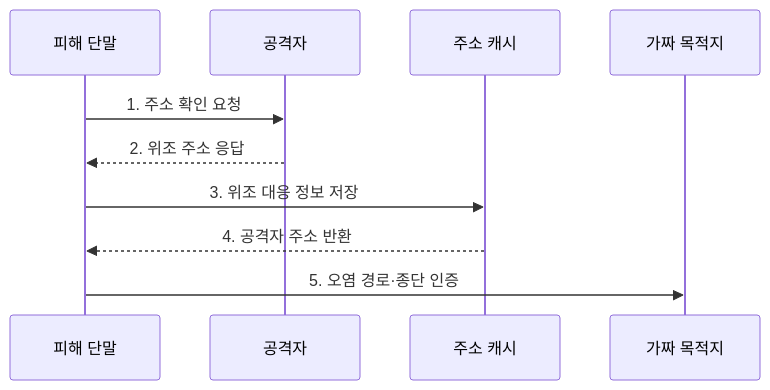
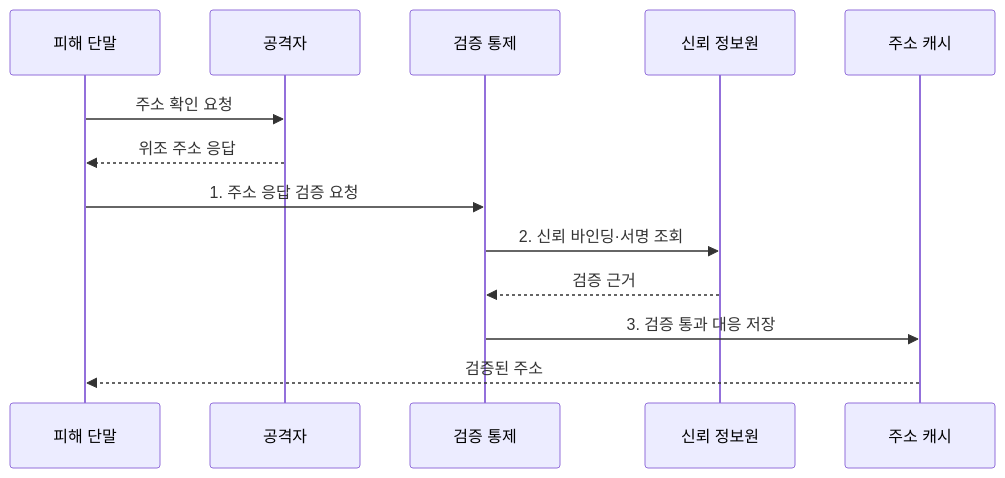
Before and after one commit to agnusdei1207/knowledge-base: the second of 2 diagrams in src/content/docs/notes/05-security/024_network_spoofing.md, drawn with Mermaid. The commit also changed other lines of this file and 20 other files, not shown here.

````diff
--- a/src/content/docs/notes/05-security/024_network_spoofing.md
+++ b/src/content/docs/notes/05-security/024_network_spoofing.md
@@ -91,12 +91,15 @@
 ```mermaid
 sequenceDiagram
     participant V as 피해 단말
     participant A as 공격자
+    participant G as 검증 통제
+    participant T as 신뢰 정보원
     participant C as 주소 캐시
-    participant F as 가짜 목적지
-    V->>A: 1. 주소 확인 요청
-    A-->>V: 2. 위조 주소 응답
-    V->>C: 3. 위조 대응 정보 저장
-    C-->>V: 4. 공격자 주소 반환
-    V->>F: 5. 오염 경로·종단 인증
+    V->>A: 주소 확인 요청
+    A-->>V: 위조 주소 응답
+    V->>G: 1. 주소 응답 검증 요청
+    G->>T: 2. 신뢰 바인딩·서명 조회
+    T-->>G: 검증 근거
+    G->>C: 3. 검증 통과 대응 저장
+    C-->>V: 검증된 주소
 ```
````
